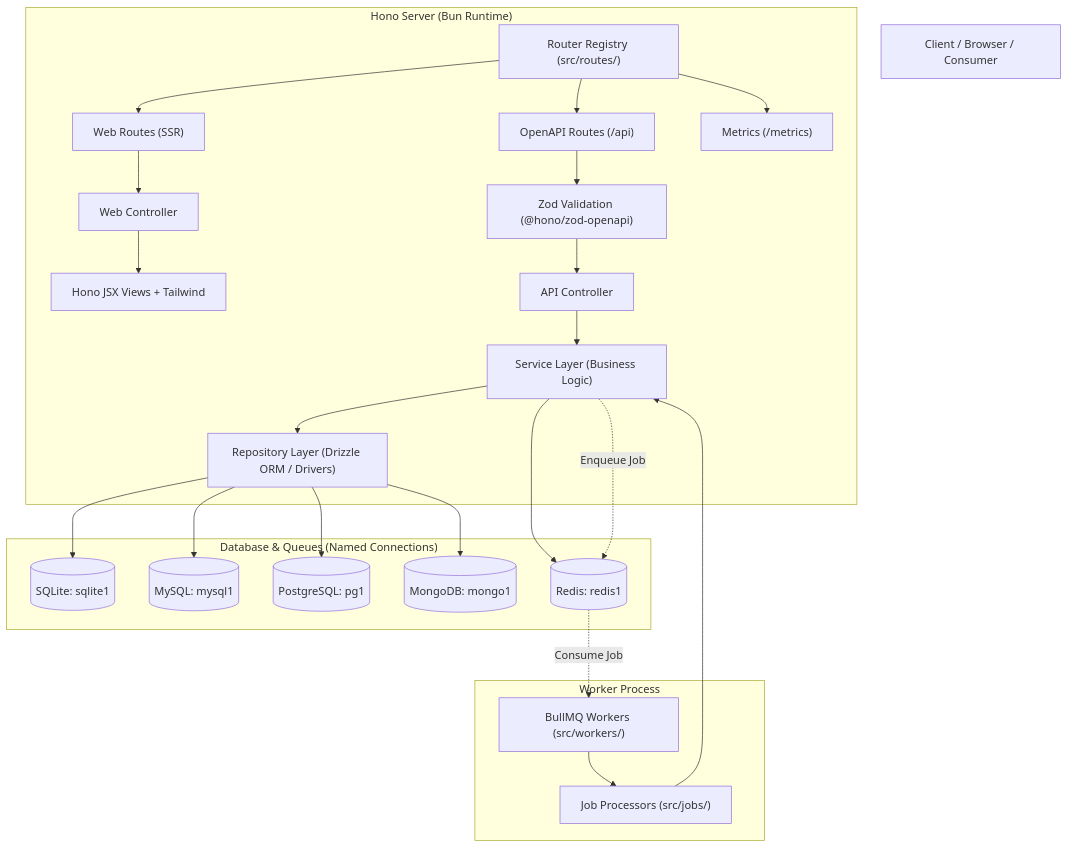
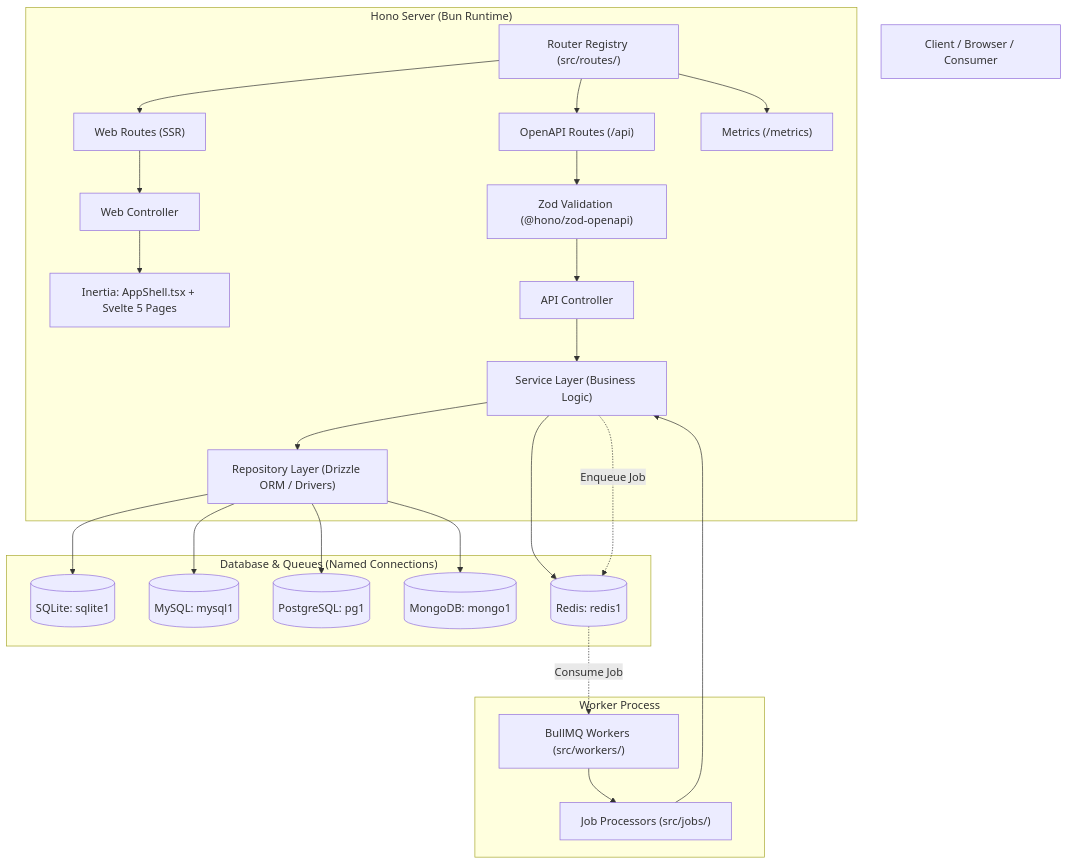
Before and after one commit to kvanjava1/hono-skeleton-started-kit: the diagram in docs/README.md, drawn with Mermaid. The commit also changed 7 other files, not shown here.

First line of the commit message:
docs: sync docs with the Inertia/Svelte web layer and actual make CLI behavior

````diff
--- a/docs/README.md
+++ b/docs/README.md
@@ -6,48 +6,48 @@
 ```mermaid
 flowchart TD
     Client["Client / Browser / Consumer"]
     
     subgraph App["Hono Server (Bun Runtime)"]
         Router["Router Registry (src/routes/)"]
         WebRoute["Web Routes (SSR)"]
         ApiRoute["OpenAPI Routes (/api)"]
         MetricsRoute["Metrics (/metrics)"]
         
         Router --> WebRoute
         Router --> ApiRoute
         Router --> MetricsRoute
         
         WebCtrl["Web Controller"]
-        Views["Hono JSX Views + Tailwind"]
-        WebRoute --> WebCtrl --> Views
+        InertiaView["Inertia: AppShell.tsx + Svelte 5 Pages"]
+        WebRoute --> WebCtrl --> InertiaView
         
         ApiCtrl["API Controller"]
         Validation["Zod Validation (@hono/zod-openapi)"]
         Services["Service Layer (Business Logic)"]
         Repo["Repository Layer (Drizzle ORM / Drivers)"]
         
         ApiRoute --> Validation --> ApiCtrl --> Services --> Repo
     end
 
     subgraph Data["Database & Queues (Named Connections)"]
         SQLite[("SQLite: sqlite1")]
         MySQL[("MySQL: mysql1")]
         PG[("PostgreSQL: pg1")]
         Mongo[("MongoDB: mongo1")]
         Redis[("Redis: redis1")]
     end
 
     subgraph Background["Worker Process"]
         BullMQ["BullMQ Workers (src/workers/)"]
         Jobs["Job Processors (src/jobs/)"]
         BullMQ --> Jobs --> Services
     end
 
     Repo --> SQLite
     Repo --> MySQL
     Repo --> PG
     Repo --> Mongo
     Services --> Redis
     Services -.->|"Enqueue Job"| Redis
     Redis -.->|"Consume Job"| BullMQ
 ```
````
